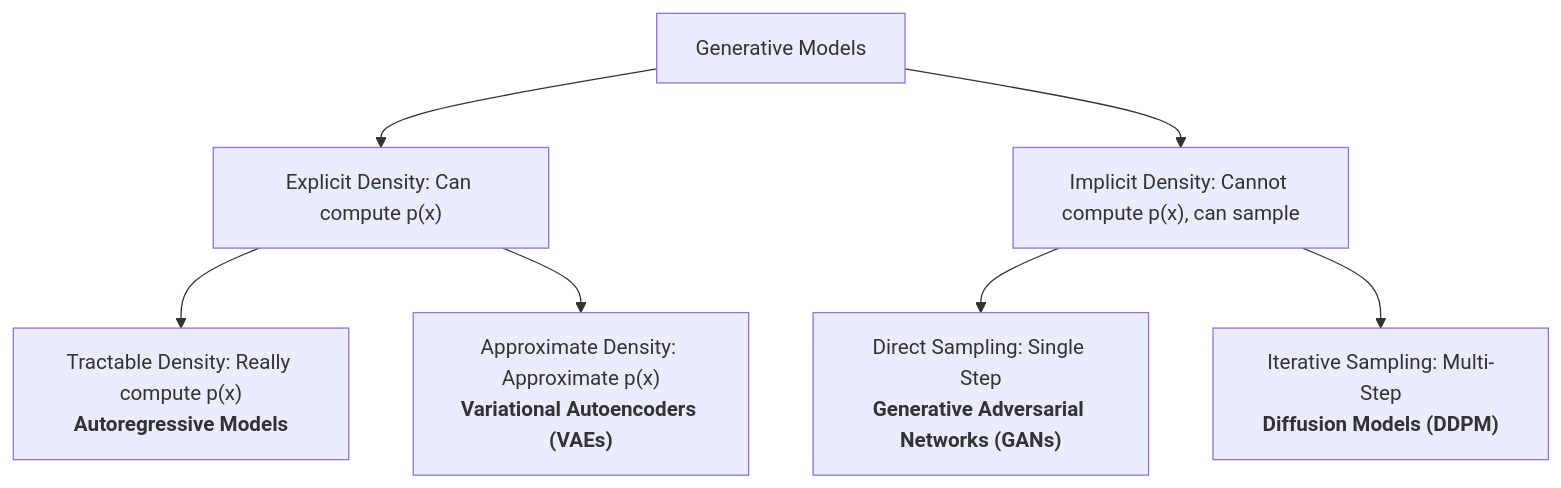
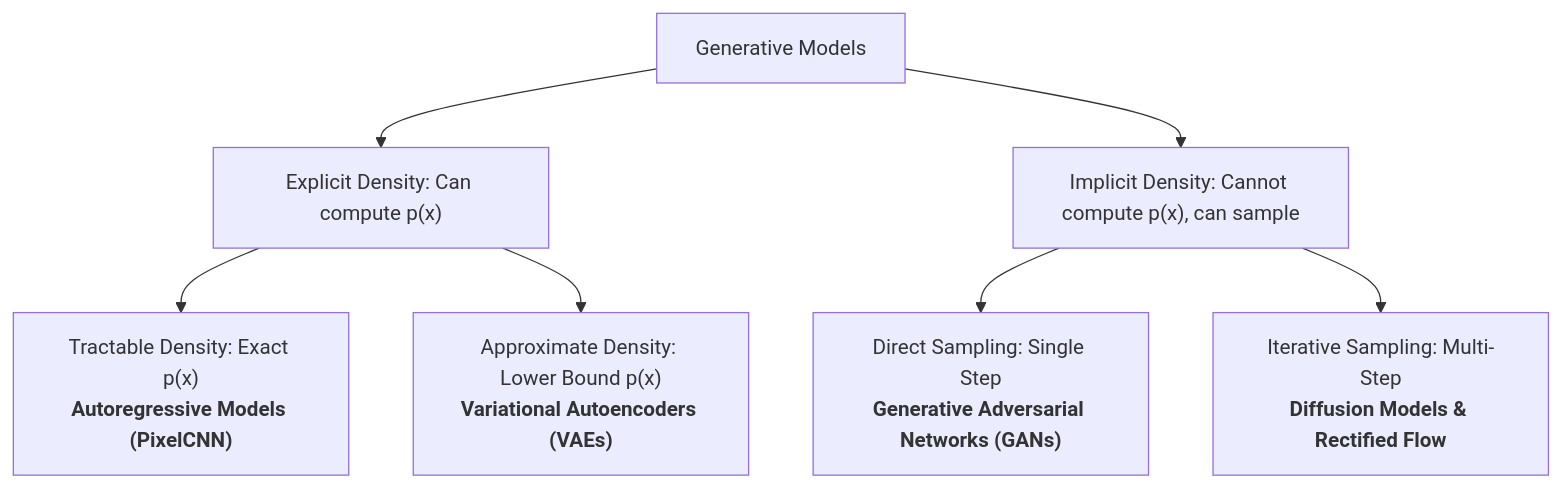
One commit to ghif/IF5152 changed the diagram in generative-models/README.md. Above: the diagram before and after it, drawn with Mermaid. The commit also changed other lines of this file and 14 other files, not shown here.

````diff
--- a/generative-models/README.md
+++ b/generative-models/README.md
@@ -15,11 +15,11 @@
 ```mermaid
 graph TD
     GM["Generative Models"] --> ED["Explicit Density: Can compute p(x)"]
     GM --> ID["Implicit Density: Cannot compute p(x), can sample"]
     
-    ED --> Tractable["Tractable Density: Really compute p(x)<br/><b>Autoregressive Models</b>"]
-    ED --> Approx["Approximate Density: Approximate p(x)<br/><b>Variational Autoencoders (VAEs)</b>"]
+    ED --> Tractable["Tractable Density: Exact p(x)<br/><b>Autoregressive Models (PixelCNN)</b>"]
+    ED --> Approx["Approximate Density: Lower Bound p(x)<br/><b>Variational Autoencoders (VAEs)</b>"]
     
     ID --> Direct["Direct Sampling: Single Step<br/><b>Generative Adversarial Networks (GANs)</b>"]
-    ID --> Iterative["Iterative Sampling: Multi-Step<br/><b>Diffusion Models (DDPM)</b>"]
+    ID --> Iterative["Iterative Sampling: Multi-Step<br/><b>Diffusion Models & Rectified Flow</b>"]
 ```
````
